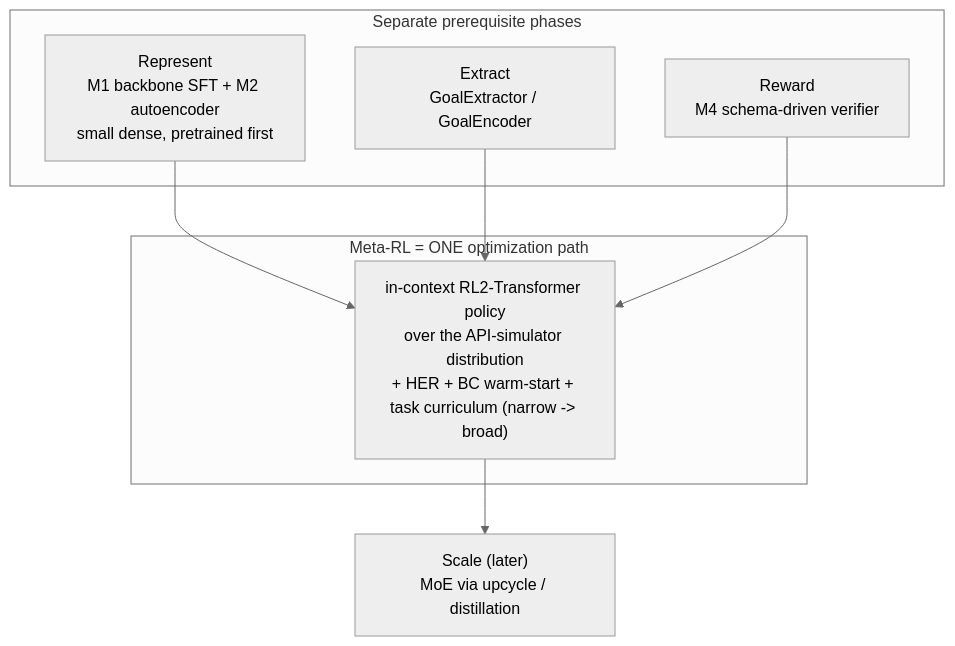
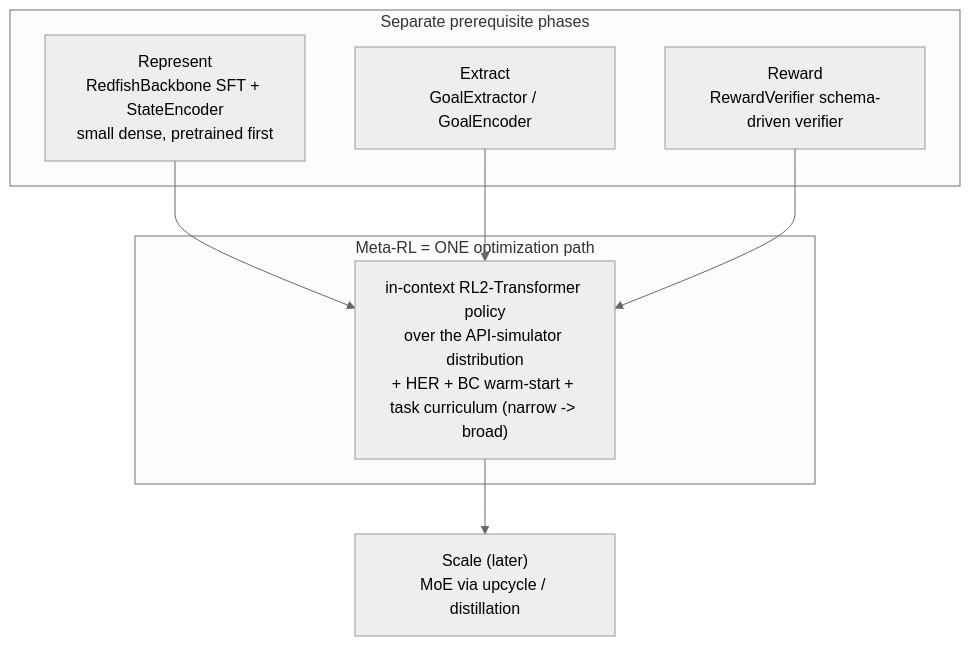
Before and after one commit to spyroot/igc: the sixth of 8 diagrams in docs/ARCHITECTURE.md, drawn with Mermaid (neutral theme). The commit also changed other lines of this file and 22 other files, not shown here.

````diff
--- a/docs/ARCHITECTURE.md
+++ b/docs/ARCHITECTURE.md
@@ -486,15 +488,15 @@
 ```mermaid
 flowchart TB
     subgraph SEP["Separate prerequisite phases"]
-        REP["Represent<br/>M1 backbone SFT + M2 autoencoder<br/>small dense, pretrained first"]
+        REP["Represent<br/>RedfishBackbone SFT + StateEncoder<br/>small dense, pretrained first"]
         PLAN["Extract<br/>GoalExtractor / GoalEncoder"]
-        REW["Reward<br/>M4 schema-driven verifier"]
+        REW["Reward<br/>RewardVerifier schema-driven verifier"]
     end
     REP --> META
     PLAN --> META
     REW --> META
     subgraph ONE["Meta-RL = ONE optimization path"]
         META["in-context RL2-Transformer policy<br/>over the API-simulator distribution<br/>+ HER + BC warm-start + task curriculum (narrow -> broad)"]
     end
     META --> SCALE["Scale (later)<br/>MoE via upcycle / distillation"]
 ```
````
